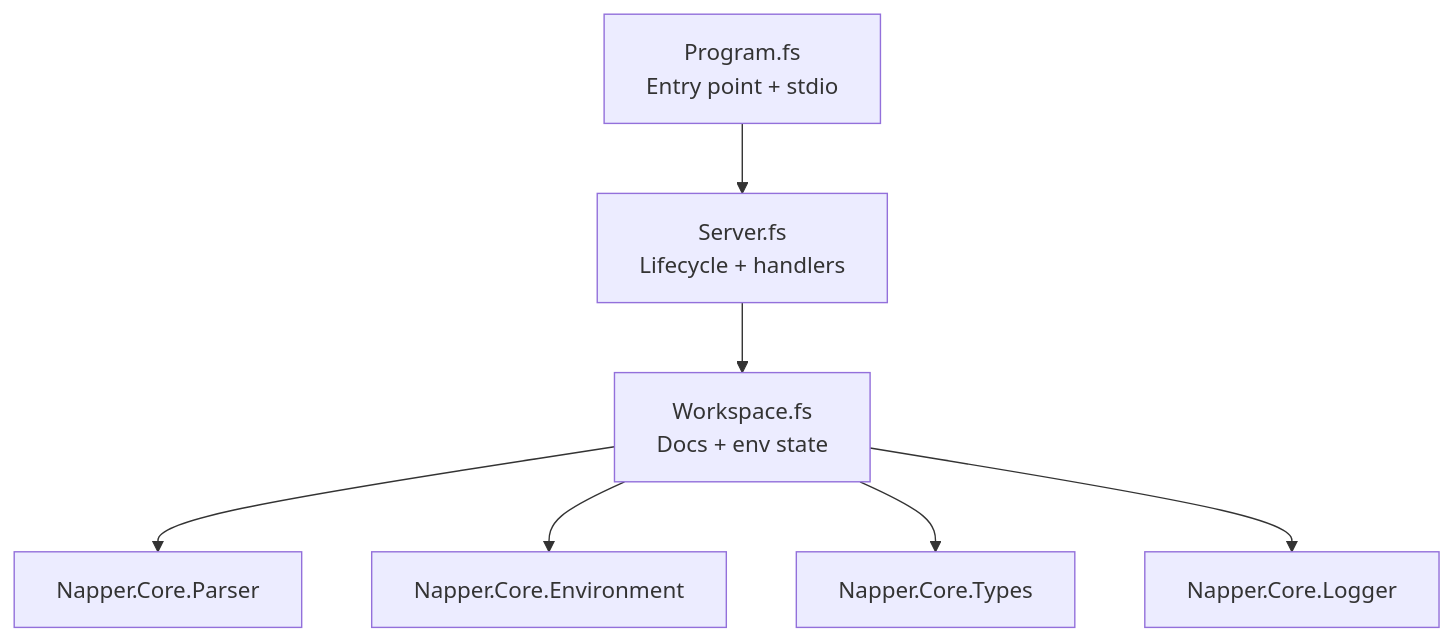
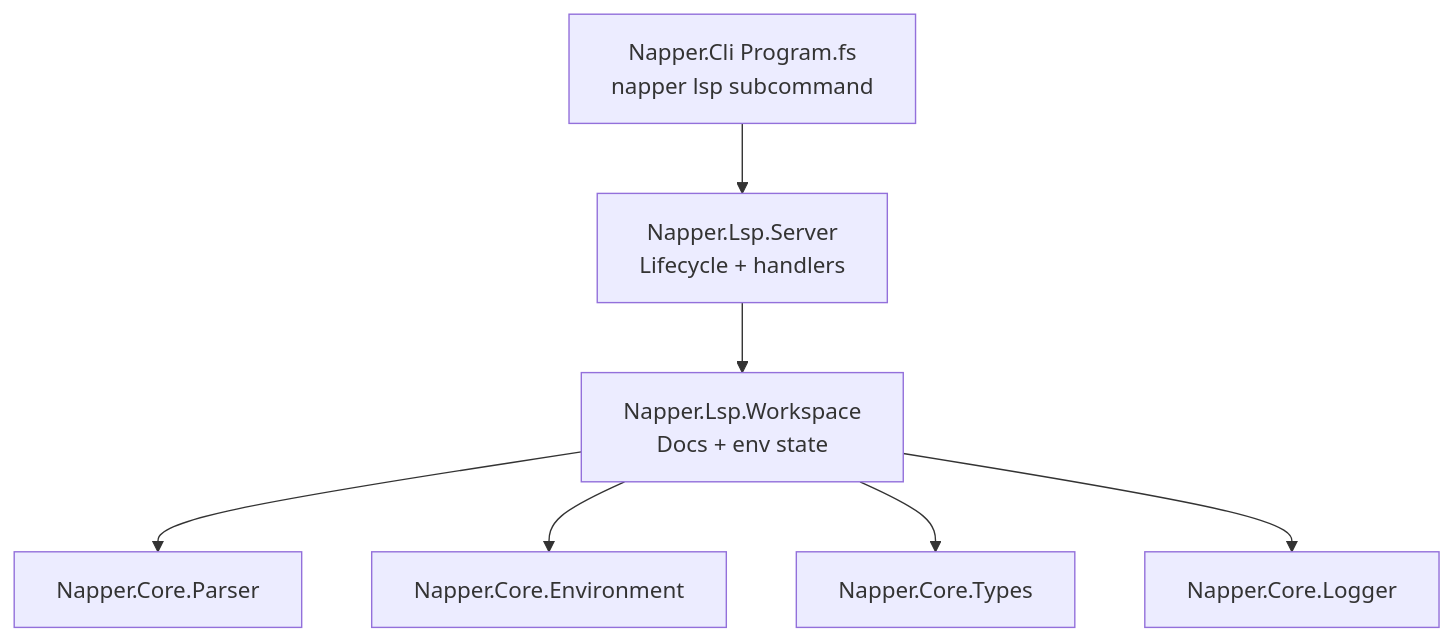
The third of 3 diagrams in docs/plans/LSP-PLAN.md (MelbourneDeveloper/napper), drawn with Mermaid before and after one commit. The commit also changed other lines of this file and 6 other files, not shown here.

````diff
--- a/docs/plans/LSP-PLAN.md
+++ b/docs/plans/LSP-PLAN.md
@@ -90,10 +97,10 @@
 ```mermaid
 graph TD
-    PROGRAM[Program.fs<br/>Entry point + stdio] --> SERVER[Server.fs<br/>Lifecycle + handlers]
-    SERVER --> WS[Workspace.fs<br/>Docs + env state]
+    PROGRAM["Napper.Cli Program.fs<br/>napper lsp subcommand"] --> SERVER[Napper.Lsp.Server<br/>Lifecycle + handlers]
+    SERVER --> WS[Napper.Lsp.Workspace<br/>Docs + env state]
 
     WS --> CORE_P[Napper.Core.Parser]
     WS --> CORE_E[Napper.Core.Environment]
     WS --> CORE_T[Napper.Core.Types]
     WS --> CORE_L[Napper.Core.Logger]
 ```
````
